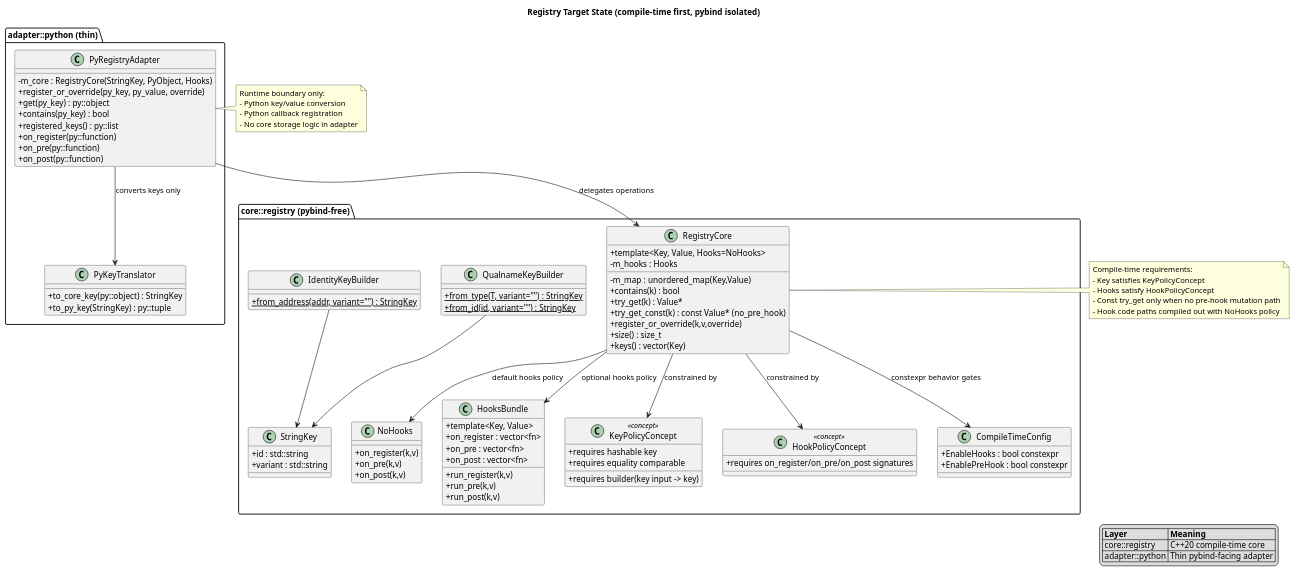
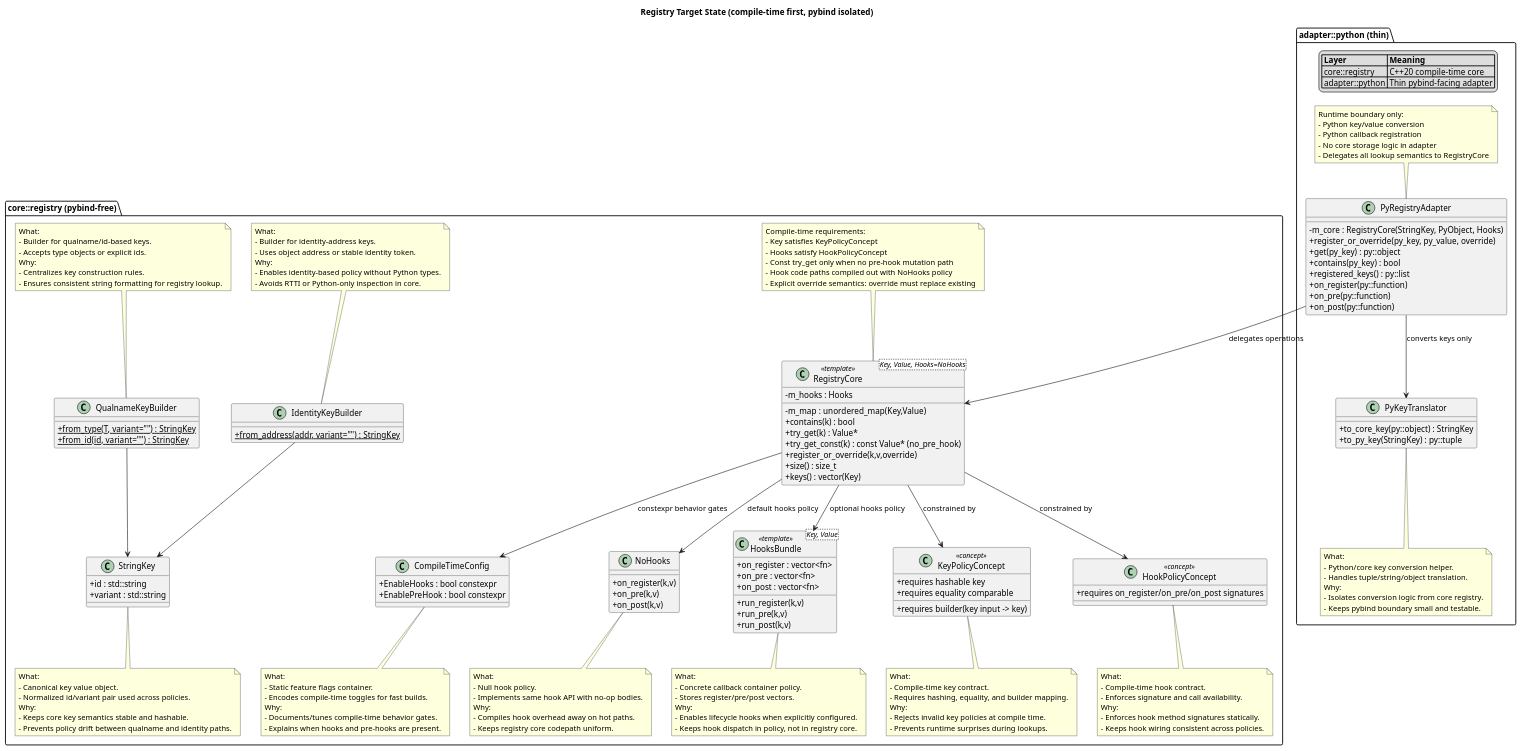
The diagram in docs/design/registry_target_class_diagram.puml (Debith/pygim), drawn with PlantUML before and after one commit. The commit also changed 15 other files, not shown here.

```diff
--- a/docs/design/registry_target_class_diagram.puml
+++ b/docs/design/registry_target_class_diagram.puml
@@ -1,114 +1,196 @@
 @startuml RegistryTargetClassDiagram
 skinparam shadowing false
 skinparam classAttributeIconSize 0
 title Registry Target State (compile-time first, pybind isolated)
 
 package "core::registry (pybind-free)" {
   class StringKey {
     +id : std::string
     +variant : std::string
   }
 
   class QualnameKeyBuilder {
     {static} +from_type(T, variant="") : StringKey
     {static} +from_id(id, variant="") : StringKey
   }
 
   class IdentityKeyBuilder {
     {static} +from_address(addr, variant="") : StringKey
   }
 
   class NoHooks {
     +on_register(k,v)
     +on_pre(k,v)
     +on_post(k,v)
   }
 
-  class HooksBundle {
-    +template<Key, Value>
+  class "HooksBundle<Key, Value>" as HooksBundle <<template>> {
     +on_register : vector<fn>
     +on_pre : vector<fn>
     +on_post : vector<fn>
     +run_register(k,v)
     +run_pre(k,v)
     +run_post(k,v)
   }
 
-  class RegistryCore {
-    +template<Key, Value, Hooks=NoHooks>
+  class "RegistryCore<Key, Value, Hooks=NoHooks>" as RegistryCore <<template>> {
     -m_map : unordered_map(Key,Value)
     -m_hooks : Hooks
     +contains(k) : bool
     +try_get(k) : Value*
     +try_get_const(k) : const Value* (no_pre_hook)
     +register_or_override(k,v,override)
     +size() : size_t
     +keys() : vector(Key)
   }
 
   class KeyPolicyConcept <<concept>> {
     +requires hashable key
     +requires equality comparable
     +requires builder(key input -> key)
   }
 
   class HookPolicyConcept <<concept>> {
     +requires on_register/on_pre/on_post signatures
   }
 
   class CompileTimeConfig {
     +EnableHooks : bool constexpr
     +EnablePreHook : bool constexpr
   }
+
+  note bottom of StringKey
+  What:
+  - Canonical key value object.
+  - Normalized id/variant pair used across policies.
+  Why:
+  - Keeps core key semantics stable and hashable.
+  - Prevents policy drift between qualname and identity paths.
+  end note
+
+  note top of QualnameKeyBuilder
+  What:
+  - Builder for qualname/id-based keys.
+  - Accepts type objects or explicit ids.
+  Why:
+  - Centralizes key construction rules.
+  - Ensures consistent string formatting for registry lookup.
+  end note
+
+  note top of IdentityKeyBuilder
+  What:
+  - Builder for identity-address keys.
+  - Uses object address or stable identity token.
+  Why:
+  - Enables identity-based policy without Python types.
+  - Avoids RTTI or Python-only inspection in core.
+  end note
+
+  note bottom of NoHooks
+  What:
+  - Null hook policy.
+  - Implements same hook API with no-op bodies.
+  Why:
+  - Compiles hook overhead away on hot paths.
+  - Keeps registry core codepath uniform.
+  end note
+
+  note bottom of HooksBundle
+  What:
+  - Concrete callback container policy.
+  - Stores register/pre/post vectors.
+  Why:
+  - Enables lifecycle hooks when explicitly configured.
+  - Keeps hook dispatch in policy, not in registry core.
+  end note
+
+  note bottom of KeyPolicyConcept
+  What:
+  - Compile-time key contract.
+  - Requires hashing, equality, and builder mapping.
+  Why:
+  - Rejects invalid key policies at compile time.
+  - Prevents runtime surprises during lookups.
+  end note
+
+  note bottom of HookPolicyConcept
+  What:
+  - Compile-time hook contract.
+  - Enforces signature and call availability.
+  Why:
+  - Enforces hook method signatures statically.
+  - Keeps hook wiring consistent across policies.
+  end note
+
+  note bottom of CompileTimeConfig
+  What:
+  - Static feature flags container.
+  - Encodes compile-time toggles for fast builds.
+  Why:
+  - Documents/tunes compile-time behavior gates.
+  - Explains when hooks and pre-hooks are present.
+  end note
+
+  note top of RegistryCore
+  Compile-time requirements:
+  - Key satisfies KeyPolicyConcept
+  - Hooks satisfy HookPolicyConcept
+  - Const try_get only when no pre-hook mutation path
+  - Hook code paths compiled out with NoHooks policy
+  - Explicit override semantics: override must replace existing
+  end note
 }
 
 package "adapter::python (thin)" {
   class PyRegistryAdapter {
     -m_core : RegistryCore(StringKey, PyObject, Hooks)
     +register_or_override(py_key, py_value, override)
     +get(py_key) : py::object
     +contains(py_key) : bool
     +registered_keys() : py::list
     +on_register(py::function)
     +on_pre(py::function)
     +on_post(py::function)
   }
 
   class PyKeyTranslator {
     +to_core_key(py::object) : StringKey
     +to_py_key(StringKey) : py::tuple
   }
+
+  note bottom of PyKeyTranslator
+  What:
+  - Python/core key conversion helper.
+  - Handles tuple/string/object translation.
+  Why:
+  - Isolates conversion logic from core registry.
+  - Keeps pybind boundary small and testable.
+  end note
+
+  note top of PyRegistryAdapter
+  Runtime boundary only:
+  - Python key/value conversion
+  - Python callback registration
+  - No core storage logic in adapter
+  - Delegates all lookup semantics to RegistryCore
+  end note
+
+  legend bottom right
+  |= Layer |= Meaning |
+  | core::registry | C++20 compile-time core |
+  | adapter::python | Thin pybind-facing adapter |
+  endlegend
 }
 
 RegistryCore -down-> KeyPolicyConcept : constrained by
 RegistryCore -down-> HookPolicyConcept : constrained by
 RegistryCore -down-> CompileTimeConfig : constexpr behavior gates
 RegistryCore -down-> NoHooks : default hooks policy
 RegistryCore -down-> HooksBundle : optional hooks policy
 QualnameKeyBuilder -down-> StringKey
 IdentityKeyBuilder -down-> StringKey
 PyRegistryAdapter -down-> RegistryCore : delegates operations
 PyRegistryAdapter -down-> PyKeyTranslator : converts keys only
 
-note right of RegistryCore
-Compile-time requirements:
-- Key satisfies KeyPolicyConcept
-- Hooks satisfy HookPolicyConcept
-- Const try_get only when no pre-hook mutation path
-- Hook code paths compiled out with NoHooks policy
-end note
-
-note right of PyRegistryAdapter
-Runtime boundary only:
-- Python key/value conversion
-- Python callback registration
-- No core storage logic in adapter
-end note
-
-legend bottom right
-|= Layer |= Meaning |
-| core::registry | C++20 compile-time core |
-| adapter::python | Thin pybind-facing adapter |
-endlegend
 
 @enduml
```
